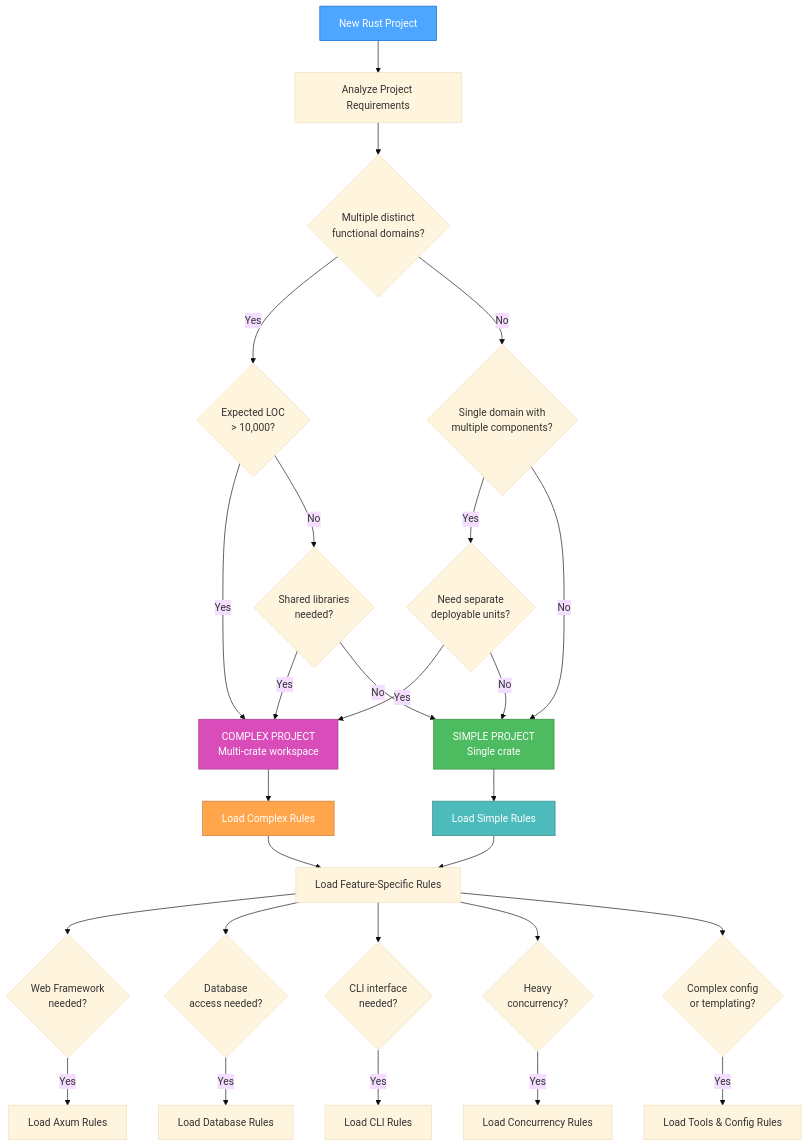
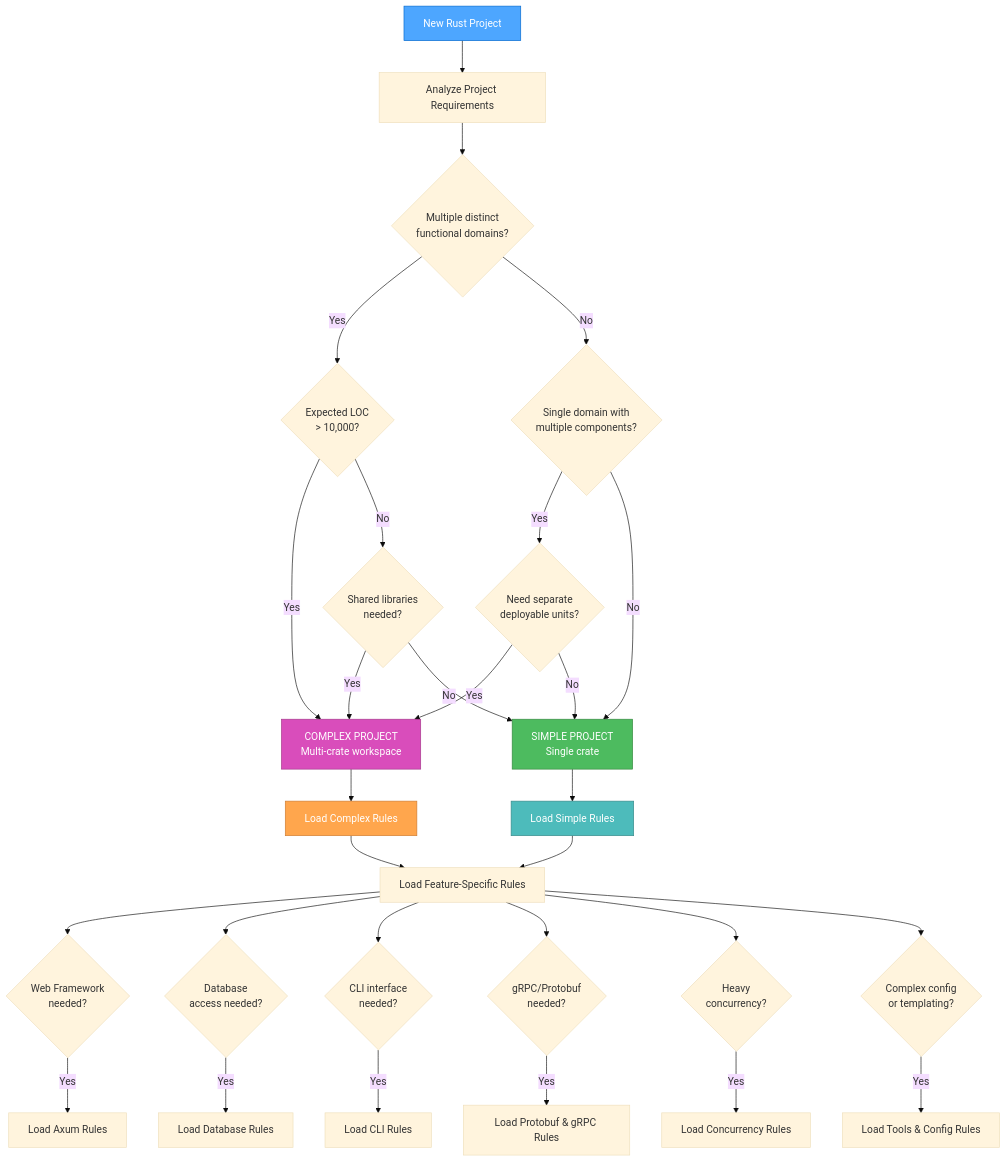
Before and after one commit to JunaYa/cursor-rust-rules: the first of 3 diagrams in .cursor/rules/rust/main.mdc, drawn with Mermaid (base theme). The commit also changed other lines of this file and 2 other files, not shown here.

Commit message:
feature: add protobuf/grpc rule

````diff
--- a/.cursor/rules/rust/main.mdc
+++ b/.cursor/rules/rust/main.mdc
@@ -12,41 +12,43 @@
 ```mermaid
 graph TD
     Start["New Rust Project"] --> Analyze["Analyze Project Requirements"]
     Analyze --> Q1{"Multiple distinct<br>functional domains?"}
     Q1 -->|Yes| Q2{"Expected LOC<br>> 10,000?"}
     Q1 -->|No| Q3{"Single domain with<br>multiple components?"}
 
     Q2 -->|Yes| Complex["COMPLEX PROJECT<br>Multi-crate workspace"]
     Q2 -->|No| Q4{"Shared libraries<br>needed?"}
     Q4 -->|Yes| Complex
     Q4 -->|No| Simple["SIMPLE PROJECT<br>Single crate"]
 
     Q3 -->|Yes| Q5{"Need separate<br>deployable units?"}
     Q3 -->|No| Simple
     Q5 -->|Yes| Complex
     Q5 -->|No| Simple
 
     Complex --> LoadComplex["Load Complex Rules"]
     Simple --> LoadSimple["Load Simple Rules"]
 
     LoadComplex --> Features["Load Feature-Specific Rules"]
     LoadSimple --> Features
 
     Features --> Web{"Web Framework<br>needed?"}
     Features --> DB{"Database<br>access needed?"}
     Features --> CLI{"CLI interface<br>needed?"}
+    Features --> GRPC{"gRPC/Protobuf<br>needed?"}
     Features --> Concurrent{"Heavy<br>concurrency?"}
     Features --> Config{"Complex config<br>or templating?"}
 
     Web -->|Yes| WebRules["Load Axum Rules"]
     DB -->|Yes| DBRules["Load Database Rules"]
     CLI -->|Yes| CLIRules["Load CLI Rules"]
+    GRPC -->|Yes| GRPCRules["Load Protobuf & gRPC Rules"]
     Concurrent -->|Yes| ConcurrencyRules["Load Concurrency Rules"]
     Config -->|Yes| ToolsRules["Load Tools & Config Rules"]
 
     style Start fill:#4da6ff,stroke:#0066cc,color:white
     style Complex fill:#d94dbb,stroke:#a3378a,color:white
     style Simple fill:#4dbb5f,stroke:#36873f,color:white
     style LoadComplex fill:#ffa64d,stroke:#cc7a30,color:white
     style LoadSimple fill:#4dbbbb,stroke:#368787,color:white
 ```
````
